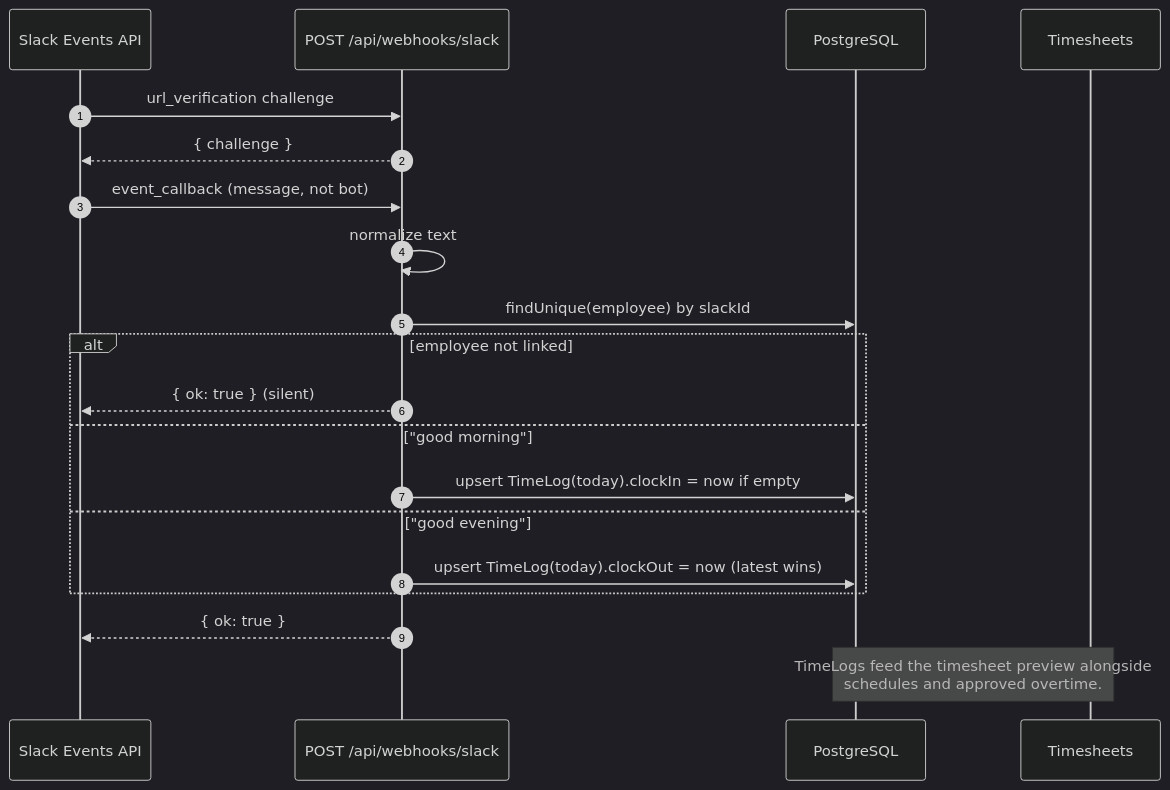
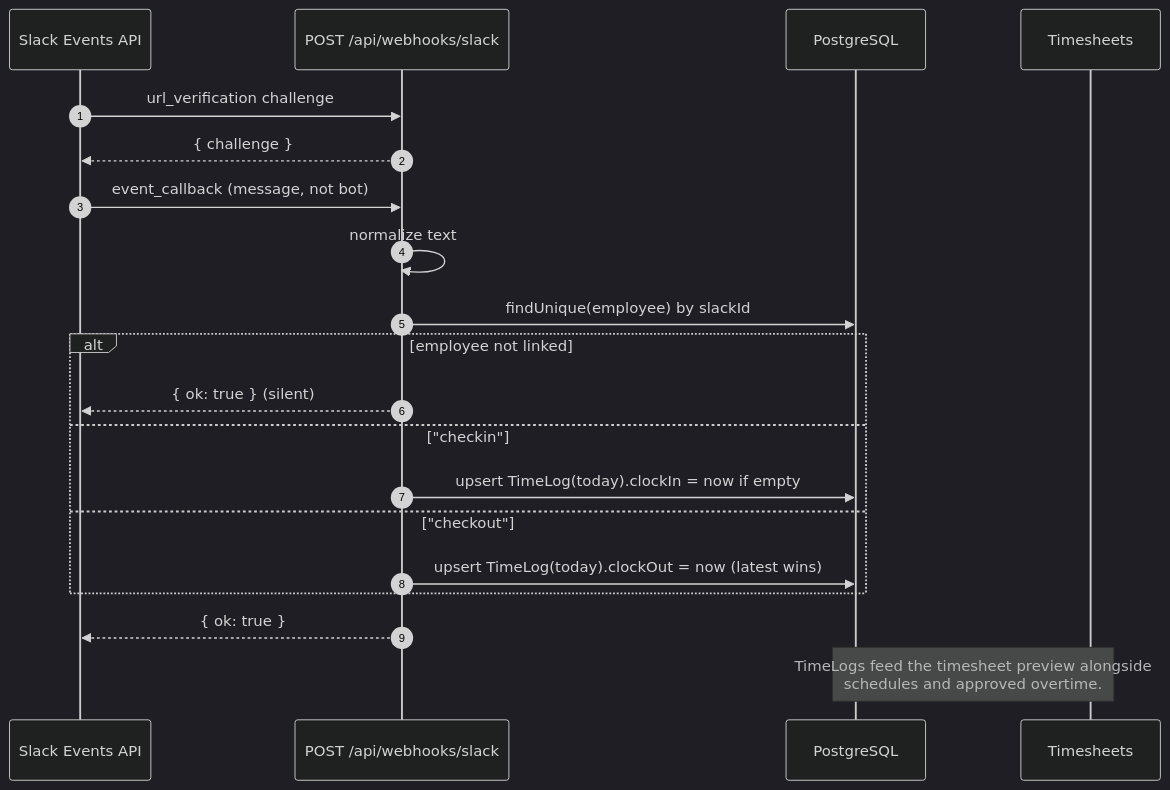
The eighth of 10 diagrams in docs/ARCHITECTURE.md (gjagum/team-management), drawn with Mermaid (dark theme) before and after one commit. The commit also changed 13 other files, not shown here.

First line of the commit message:
feat: omnitask branding, slack checkin/checkout keywords, dev stack runner

````diff
--- a/docs/ARCHITECTURE.md
+++ b/docs/ARCHITECTURE.md
@@ -206,25 +206,25 @@
 ```mermaid
 sequenceDiagram
   autonumber
   participant Slack as Slack Events API
   participant W as POST /api/webhooks/slack
   participant DB as PostgreSQL
   participant TS as Timesheets
 
   Slack->>W: url_verification challenge
   W-->>Slack: { challenge }
 
   Slack->>W: event_callback (message, not bot)
   W->>W: normalize text
   W->>DB: findUnique(employee) by slackId
   alt employee not linked
     W-->>Slack: { ok: true } (silent)
-  else "good morning"
+  else "checkin"
     W->>DB: upsert TimeLog(today).clockIn = now if empty
-  else "good evening"
+  else "checkout"
     W->>DB: upsert TimeLog(today).clockOut = now (latest wins)
   end
   W-->>Slack: { ok: true }
 
   Note over DB,TS: TimeLogs feed the timesheet preview alongside<br/>schedules and approved overtime.
 ```
````
